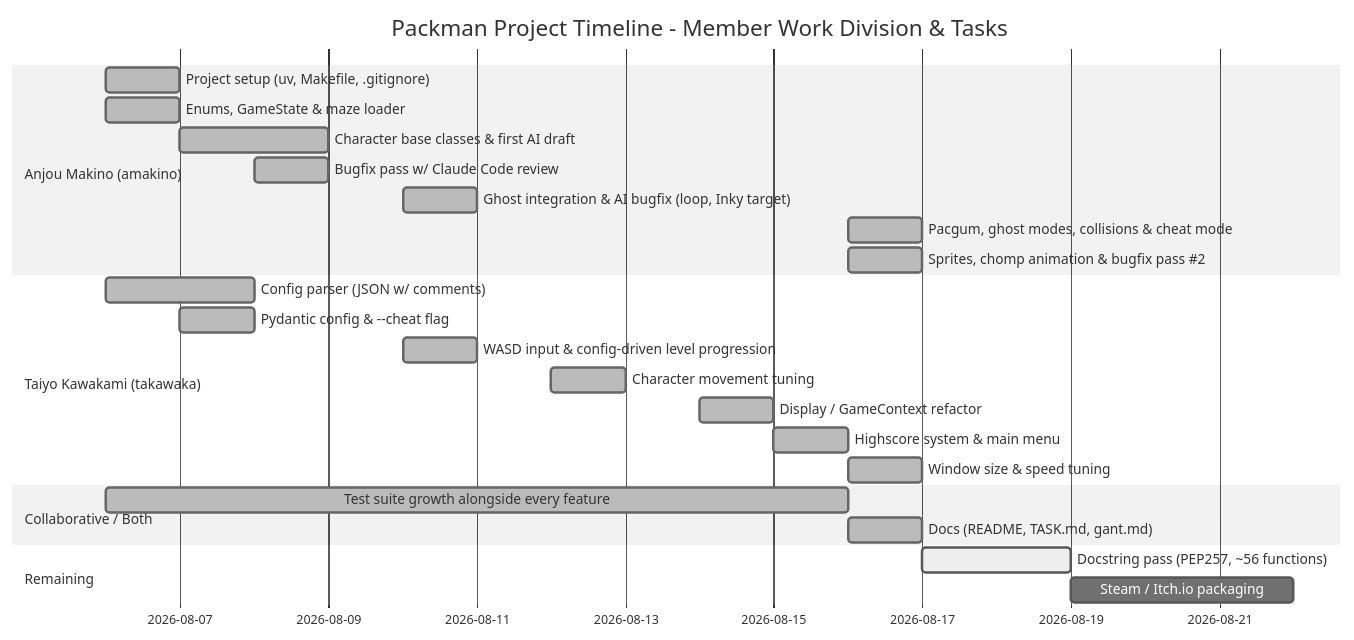
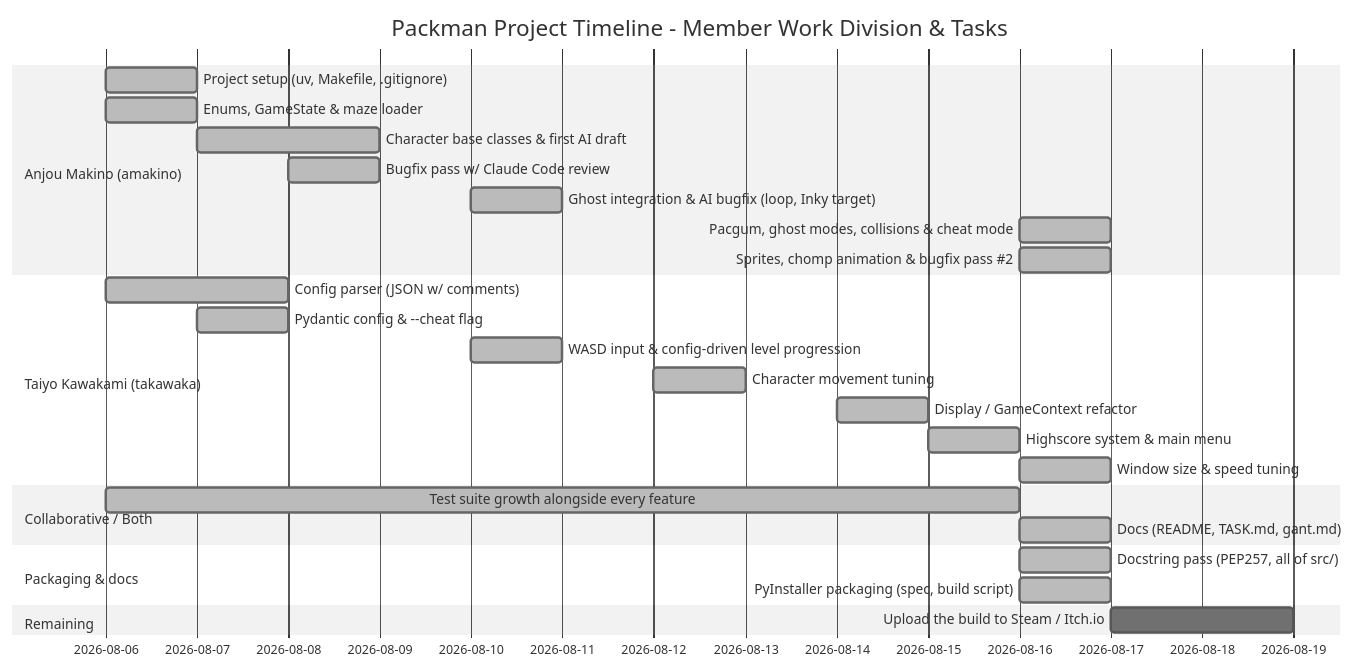
One commit to anju0618/Pacman changed the second of 2 diagrams in README.md. Above: the diagram before and after it, drawn with Mermaid (neutral theme). The commit also changed other lines of this file and 13 other files, not shown here.

````diff
--- a/README.md
+++ b/README.md
@@ -452,31 +511,34 @@
 ```mermaid
 gantt
     title Packman Project Timeline - Member Work Division & Tasks
     dateFormat  YYYY-MM-DD
 
     section Anjou Makino (amakino)
     Project setup (uv, Makefile, .gitignore)          :done, a1, 2026-08-06, 1d
     Enums, GameState & maze loader                     :done, a2, 2026-08-06, 1d
     Character base classes & first AI draft            :done, a3, 2026-08-07, 2d
     Bugfix pass w/ Claude Code review                  :done, a4, 2026-08-08, 1d
     Ghost integration & AI bugfix (loop, Inky target)  :done, a5, 2026-08-10, 1d
     Pacgum, ghost modes, collisions & cheat mode       :done, a6, 2026-08-16, 1d
     Sprites, chomp animation & bugfix pass #2          :done, a7, 2026-08-16, 1d
 
     section Taiyo Kawakami (takawaka)
     Config parser (JSON w/ comments)                   :done, t1, 2026-08-06, 2d
     Pydantic config & --cheat flag                       :done, t2, 2026-08-07, 1d
     WASD input & config-driven level progression         :done, t3, 2026-08-10, 1d
     Character movement tuning                             :done, t4, 2026-08-12, 1d
     Display / GameContext refactor                          :done, t5, 2026-08-14, 1d
     Highscore system & main menu                             :done, t6, 2026-08-15, 1d
     Window size & speed tuning                                :done, t7, 2026-08-16, 1d
 
     section Collaborative / Both
     Test suite growth alongside every feature            :done, c1, 2026-08-06, 2026-08-16
     Docs (README, TASK.md, gant.md)                          :done, c2, 2026-08-16, 1d
 
+    section Packaging & docs
+    Docstring pass (PEP257, all of src/)                 :done, p1, 2026-08-16, 1d
+    PyInstaller packaging (spec, build script)              :done, p2, 2026-08-16, 1d
+
     section Remaining
-    Docstring pass (PEP257, ~56 functions)                     :active, r1, 2026-08-17, 2d
-    Steam / Itch.io packaging                                    :r2, after r1, 3d
+    Upload the build to Steam / Itch.io                        :r1, 2026-08-17, 2d
 ```
````
